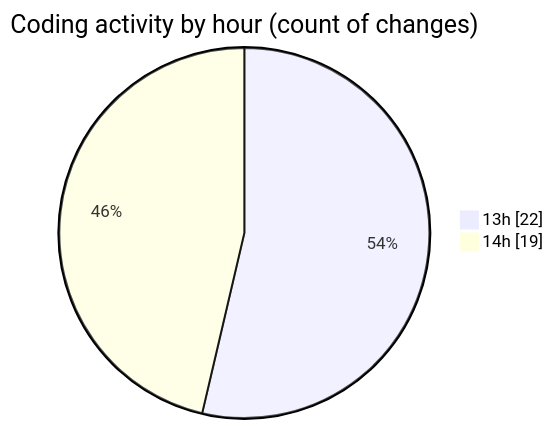
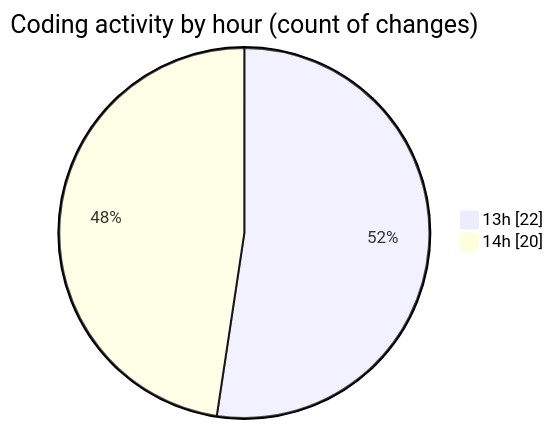
The second of 2 diagrams in 2025-02-24/drivers_app/README.md (donsfak/code-tracking), drawn with Mermaid before and after one commit. The commit also changed other lines of this file and 1 other file, not shown here.

````diff
--- a/2025-02-24/drivers_app/README.md
+++ b/2025-02-24/drivers_app/README.md
@@ -38,6 +38,6 @@
 ```mermaid
 pie showData
 title Coding activity by hour (count of changes)
 "13h" : 22
-"14h" : 19
+"14h" : 20
 ```
````
